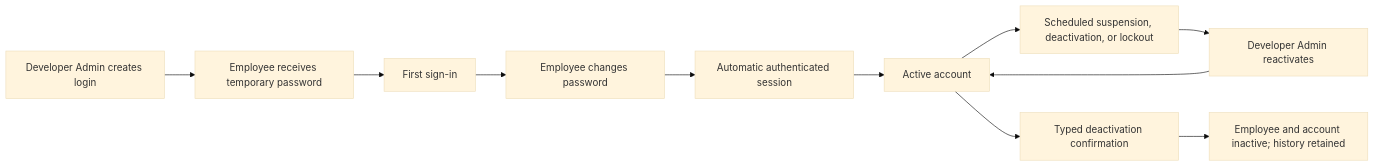
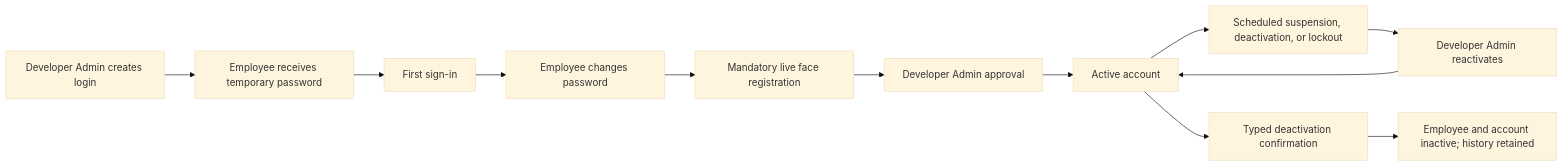
Before and after one commit to Sameerreddy-ATD/Atd-Hrms: the first of 4 diagrams in docs/OPERATIONS_AND_WORKFLOWS.md, drawn with Mermaid (base theme). The commit also changed other lines of this file and 45 other files, not shown here.

````diff
--- a/docs/OPERATIONS_AND_WORKFLOWS.md
+++ b/docs/OPERATIONS_AND_WORKFLOWS.md
@@ -47,13 +47,14 @@
 ```mermaid
 flowchart LR
   A["Developer Admin creates login"] --> B["Employee receives temporary password"]
   B --> C["First sign-in"]
   C --> D["Employee changes password"]
-  D --> E["Automatic authenticated session"]
-  E --> F["Active account"]
+  D --> E["Mandatory live face registration"]
+  E --> K["Developer Admin approval"]
+  K --> F["Active account"]
   F --> G["Scheduled suspension, deactivation, or lockout"]
   G --> H["Developer Admin reactivates"]
   H --> F
   F --> I["Typed deactivation confirmation"]
   I --> J["Employee and account inactive; history retained"]
 ```
````
